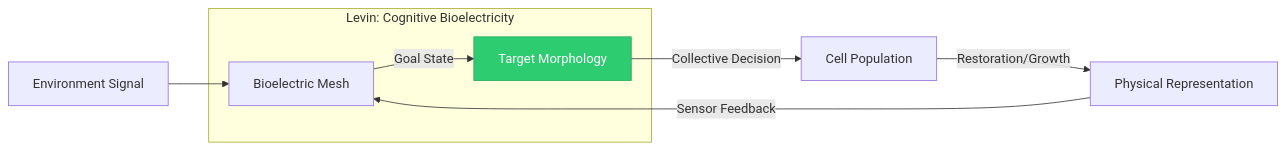
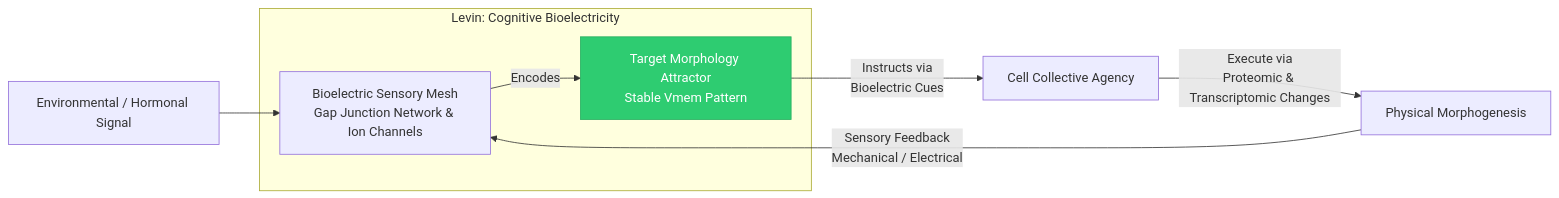
One commit to ravaioli/solarpunk-mandala changed the second of 3 diagrams in appendices/U-post-materialist-morphogenesis.md. Above: the diagram before and after it, drawn with Mermaid. The commit also changed other lines of this file, not shown here.

````diff
--- a/appendices/U-post-materialist-morphogenesis.md
+++ b/appendices/U-post-materialist-morphogenesis.md
@@ -33,16 +39,16 @@
 ```mermaid
 graph LR
-    Input[Environment Signal] --> Mesh[Bioelectric Mesh]
-    Mesh -->|Goal State| TM[Target Morphology]
-    TM -->|Collective Decision| Cells[Cell Population]
+    Input[Environmental / Hormonal Signal] --> Mesh[Bioelectric Sensory Mesh<br>Gap Junction Network & Ion Channels]
+    Mesh -->|Encodes| TM[Target Morphology Attractor<br>Stable Vmem Pattern]
+    TM -->|Instructs via<br>Bioelectric Cues| Cells[Cell Collective Agency]
     
-    Cells -->|Restoration/Growth| Form[Physical Representation]
-    Form -->|Sensor Feedback| Mesh
+    Cells -->|Execute via<br>Proteomic & Transcriptomic Changes| Form[Physical Morphogenesis]
+    Form -->|Sensory Feedback<br>Mechanical / Electrical| Mesh
 
     subgraph Levin_Logic [Levin: Cognitive Bioelectricity]
         Mesh
         TM
     end
 
     style TM fill:#2ecc71,stroke:#27ae60,color:#fff
 ```
````
